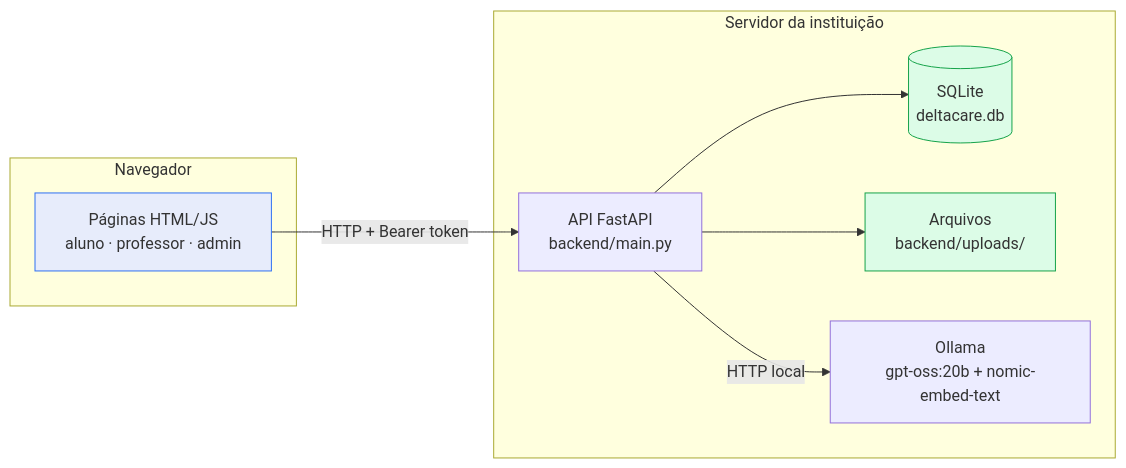
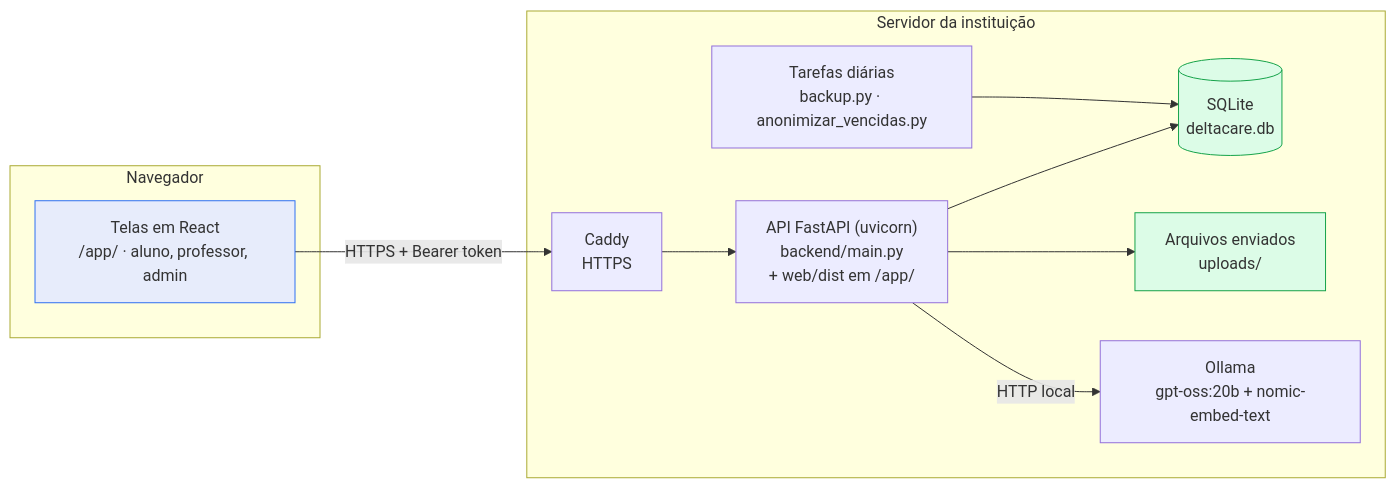
One commit to jeanrmatias/DeltaCare changed the first of 9 diagrams in ARQUITETURA.md. Above: the diagram before and after it, drawn with Mermaid. The commit also changed other lines of this file and 2 other files, not shown here.

````diff
--- a/ARQUITETURA.md
+++ b/ARQUITETURA.md
@@ -13,23 +14,27 @@
 ```mermaid
 graph LR
     subgraph Navegador
-        UI["Páginas HTML/JS<br/>aluno · professor · admin"]
+        UI["Telas em React<br/>/app/ · aluno, professor, admin"]
     end
 
     subgraph "Servidor da instituição"
-        API["API FastAPI<br/>backend/main.py"]
+        CAD["Caddy<br/>HTTPS"]
+        API["API FastAPI (uvicorn)<br/>backend/main.py<br/>+ web/dist em /app/"]
         DB[("SQLite<br/>deltacare.db")]
-        FS["Arquivos<br/>backend/uploads/"]
+        FS["Arquivos enviados<br/>uploads/"]
         OLL["Ollama<br/>gpt-oss:20b + nomic-embed-text"]
+        CRON["Tarefas diárias<br/>backup.py · anonimizar_vencidas.py"]
     end
 
-    UI -->|"HTTP + Bearer token"| API
+    UI -->|"HTTPS + Bearer token"| CAD
+    CAD --> API
     API --> DB
     API --> FS
     API -->|"HTTP local"| OLL
+    CRON --> DB
 
     classDef externo fill:#E7ECFB,stroke:#2F70F2
     classDef dados fill:#DCFCE7,stroke:#16A34A
     class UI externo
     class DB,FS dados
 ```
````
